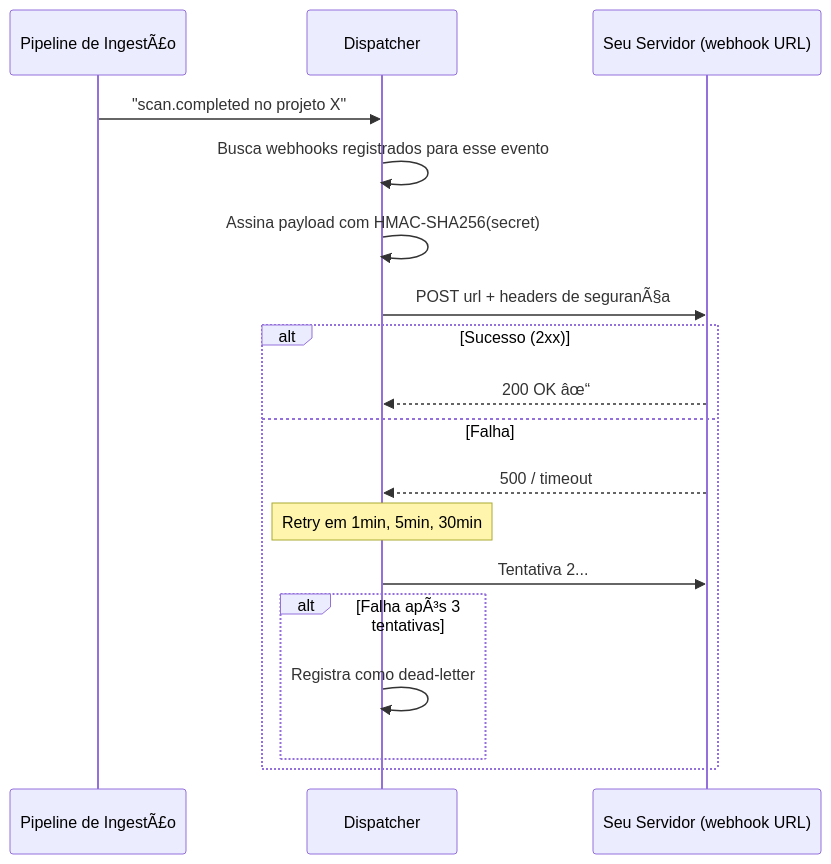
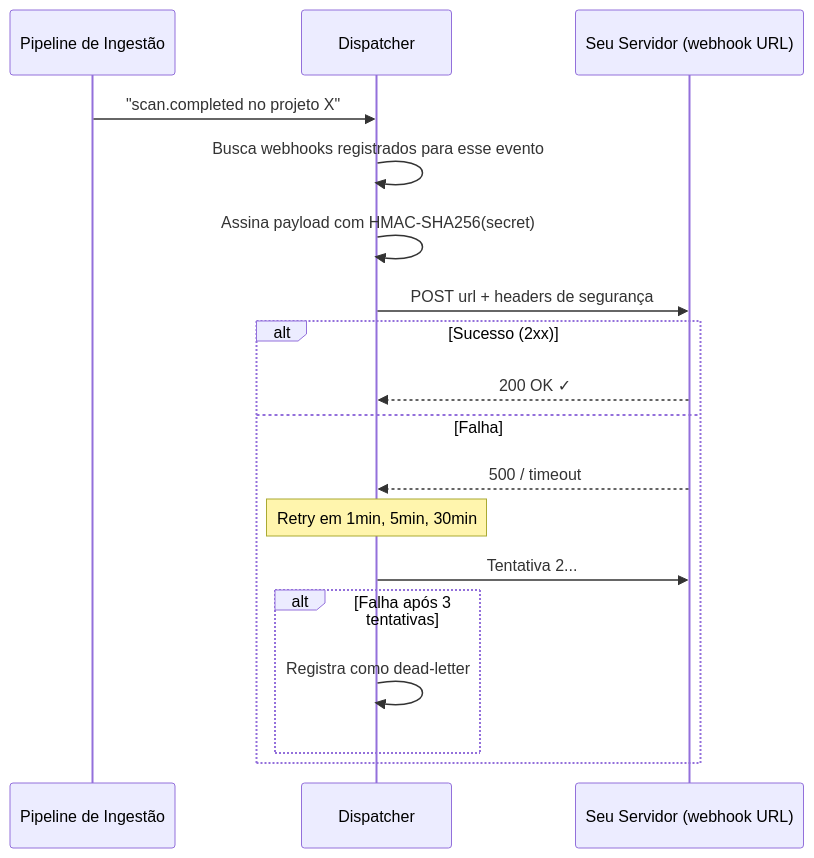
One commit to scovl/ollanta changed diagram 17 of 17 in docs/arquitetura.md. Above: the diagram before and after it, drawn with Mermaid. The commit also changed other lines of this file and 7 other files, not shown here.

````diff
--- a/docs/arquitetura.md
+++ b/docs/arquitetura.md
@@ -1233,22 +1244,22 @@
 ```mermaid
 sequenceDiagram
-    participant P as Pipeline de IngestÃ£o
+    participant P as Pipeline de Ingestão
     participant D as Dispatcher
     participant W as Seu Servidor (webhook URL)
 
     P->>D: "scan.completed no projeto X"
     D->>D: Busca webhooks registrados para esse evento
     D->>D: Assina payload com HMAC-SHA256(secret)
-    D->>W: POST url + headers de seguranÃ§a
+    D->>W: POST url + headers de segurança
 
     alt Sucesso (2xx)
-        W-->>D: 200 OK âœ“
+        W-->>D: 200 OK ✓
     else Falha
         W-->>D: 500 / timeout
         Note over D: Retry em 1min, 5min, 30min
         D->>W: Tentativa 2...
-        alt Falha apÃ³s 3 tentativas
+        alt Falha após 3 tentativas
             D->>D: Registra como dead-letter
         end
     end
 ```
````
